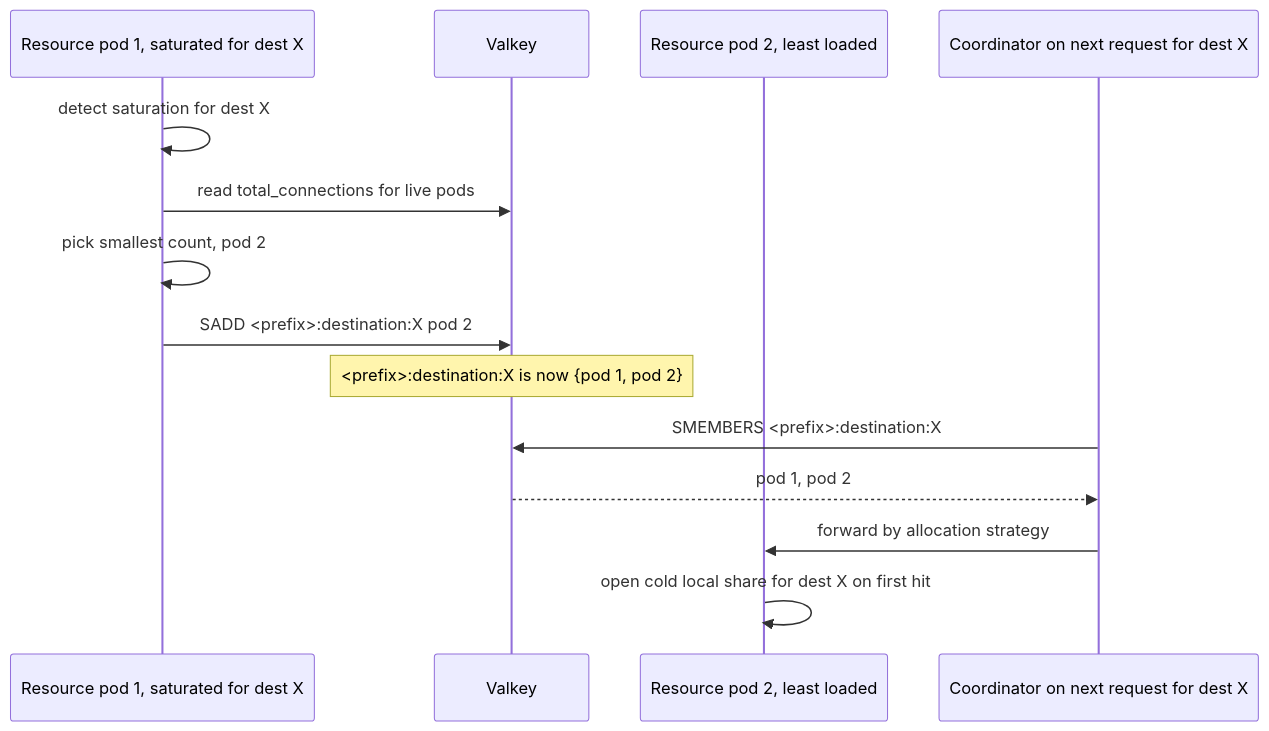
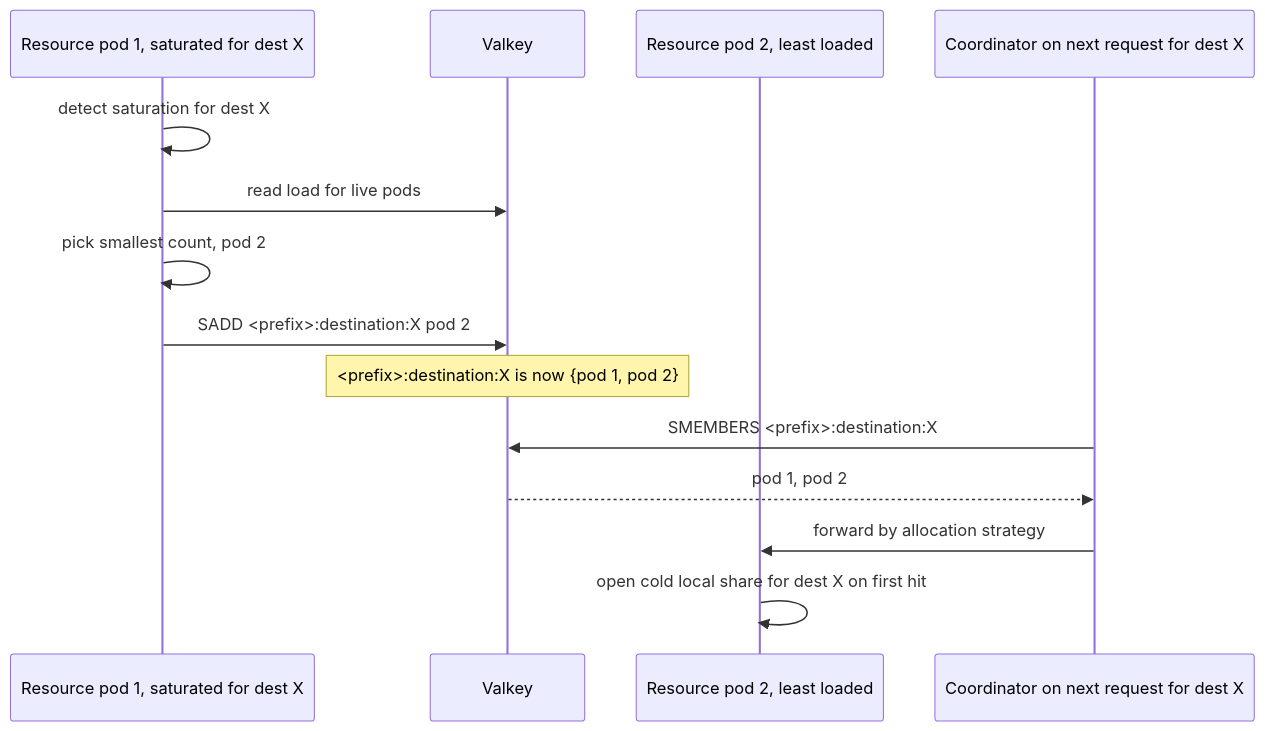
The fifth of 5 diagrams in coordinator-pattern.md (platformatic/coordinator), drawn with Mermaid before and after one commit. The commit also changed other lines of this file and 1 other file, not shown here.

````diff
--- a/coordinator-pattern.md
+++ b/coordinator-pattern.md
@@ -189,19 +208,19 @@
 ```mermaid
 sequenceDiagram
     participant Pod1 as Resource pod 1, saturated for dest X
     participant V as Valkey
     participant Pod2 as Resource pod 2, least loaded
     participant R as Coordinator on next request for dest X
 
     Pod1->>Pod1: detect saturation for dest X
-    Pod1->>V: read total_connections for live pods
+    Pod1->>V: read load for live pods
     Pod1->>Pod1: pick smallest count, pod 2
     Pod1->>V: SADD <prefix>:destination:X pod 2
 
     Note over V: <prefix>:destination:X is now {pod 1, pod 2}
 
     R->>V: SMEMBERS <prefix>:destination:X
     V-->>R: pod 1, pod 2
     R->>Pod2: forward by allocation strategy
     Pod2->>Pod2: open cold local share for dest X on first hit
 ```
````
